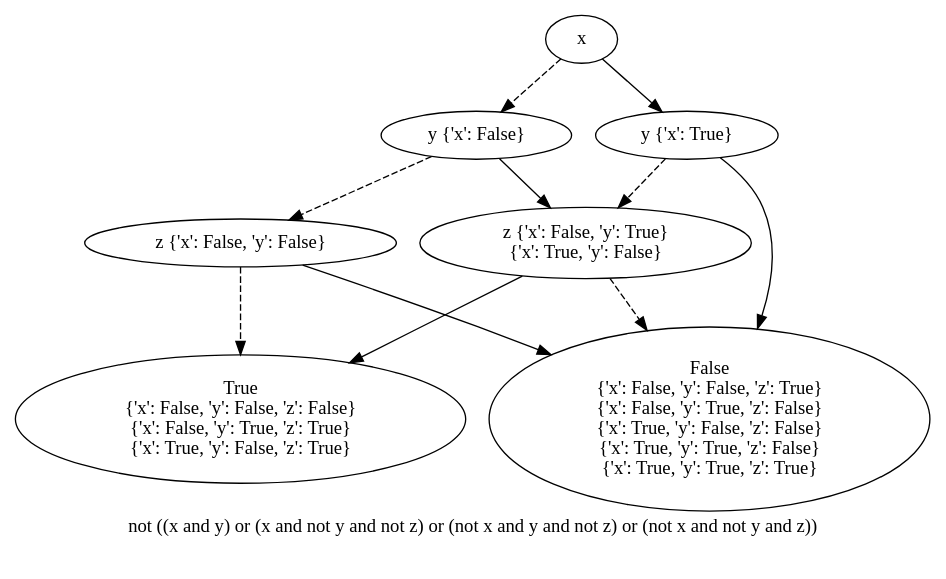
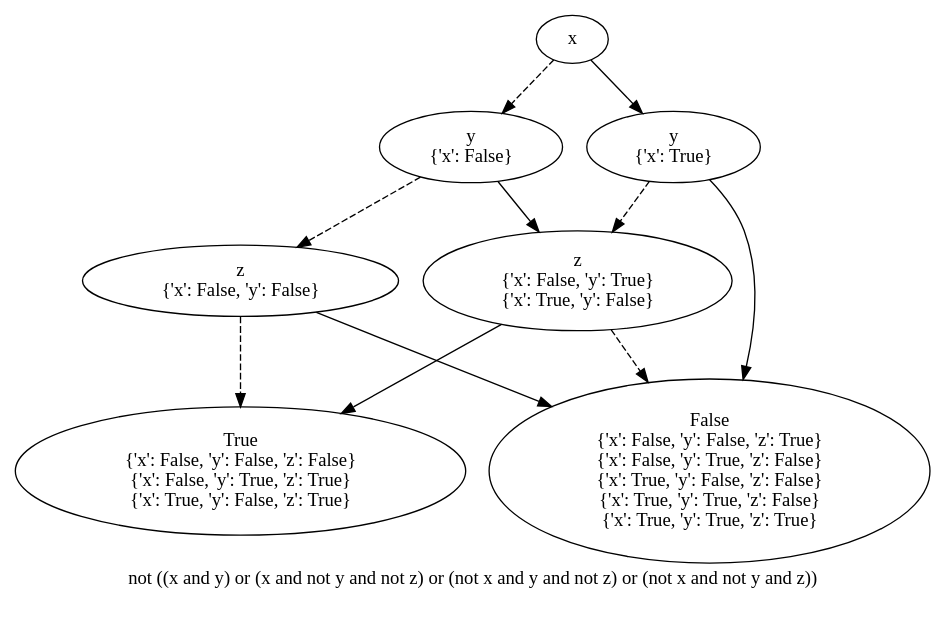
The diagram in out/_start_2_bdd_not_f.dot (O1ez/IncreasingResilienceOfAutomatedVehicles), drawn with Graphviz before and after one commit. The commit also changed 20 other files, not shown here.

```diff
--- a/out/_start_2_bdd_not_f.dot
+++ b/out/_start_2_bdd_not_f.dot
@@ -1,46 +1,51 @@
 digraph{
 label="not ((x and y) or (x and not y and not z) or (not x and y and not z) or (not x and not y and z))\n\n"
-1889826367184[label=x]1889826366160[label="y {'x': False}"]
-1889826367184 -> 1889826366160[style=dashed]
-1889826363856[label="z {'x': False, 'y': False}"]
-1889826366160 -> 1889826363856[style=dashed]
-1889826364496[label="True
+2996655533392[label=x]2996655533072[label="y
+{'x': False}"]
+2996655533392 -> 2996655533072[style=dashed label="" fontcolor = gray]
+2996655533232[label="z
+{'x': False, 'y': False}"]
+2996655533072 -> 2996655533232[style=dashed label="" fontcolor = gray]
+2996655533712[label="True
 {'x': False, 'y': False, 'z': False}
 {'x': False, 'y': True, 'z': True}
 {'x': True, 'y': False, 'z': True}"]
-1889826363856 -> 1889826364496[style=dashed]
-1889826365648[label="False
+2996655533232 -> 2996655533712[style=dashed label="" fontcolor = gray]
+2996655533872[label="False
 {'x': False, 'y': False, 'z': True}
 {'x': False, 'y': True, 'z': False}
 {'x': True, 'y': False, 'z': False}
 {'x': True, 'y': True, 'z': False}
 {'x': True, 'y': True, 'z': True}"]
-1889826363856 -> 1889826365648
-1889826367568[label="z {'x': False, 'y': True}
+2996655533232 -> 2996655533872 [label="" fontcolor = gray]
+2996655534832[label="z
+{'x': False, 'y': True}
 {'x': True, 'y': False}"]
-1889826366160 -> 1889826367568
-1889826365648[label="False
+2996655533072 -> 2996655534832 [label="" fontcolor = gray]
+2996655533872[label="False
 {'x': False, 'y': False, 'z': True}
 {'x': False, 'y': True, 'z': False}
 {'x': True, 'y': False, 'z': False}
 {'x': True, 'y': True, 'z': False}
 {'x': True, 'y': True, 'z': True}"]
-1889826367568 -> 1889826365648[style=dashed]
-1889826364496[label="True
+2996655534832 -> 2996655533872[style=dashed label="" fontcolor = gray]
+2996655533712[label="True
 {'x': False, 'y': False, 'z': False}
 {'x': False, 'y': True, 'z': True}
 {'x': True, 'y': False, 'z': True}"]
-1889826367568 -> 1889826364496
-1889826368976[label="y {'x': True}"]
-1889826367184 -> 1889826368976
-1889826367568[label="z {'x': False, 'y': True}
+2996655534832 -> 2996655533712 [label="" fontcolor = gray]
+2996655535312[label="y
+{'x': True}"]
+2996655533392 -> 2996655535312 [label="" fontcolor = gray]
+2996655534832[label="z
+{'x': False, 'y': True}
 {'x': True, 'y': False}"]
-1889826368976 -> 1889826367568[style=dashed]
-1889826365648[label="False
+2996655535312 -> 2996655534832[style=dashed label="" fontcolor = gray]
+2996655533872[label="False
 {'x': False, 'y': False, 'z': True}
 {'x': False, 'y': True, 'z': False}
 {'x': True, 'y': False, 'z': False}
 {'x': True, 'y': True, 'z': False}
 {'x': True, 'y': True, 'z': True}"]
-1889826368976 -> 1889826365648
+2996655535312 -> 2996655533872 [label="" fontcolor = gray]
 }
```
